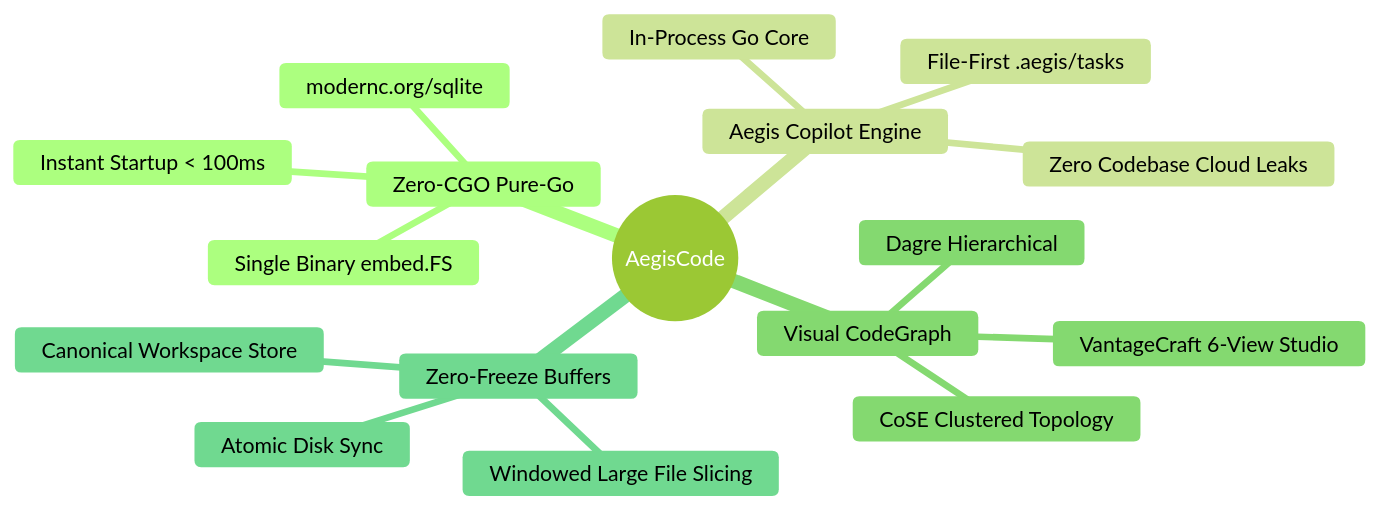
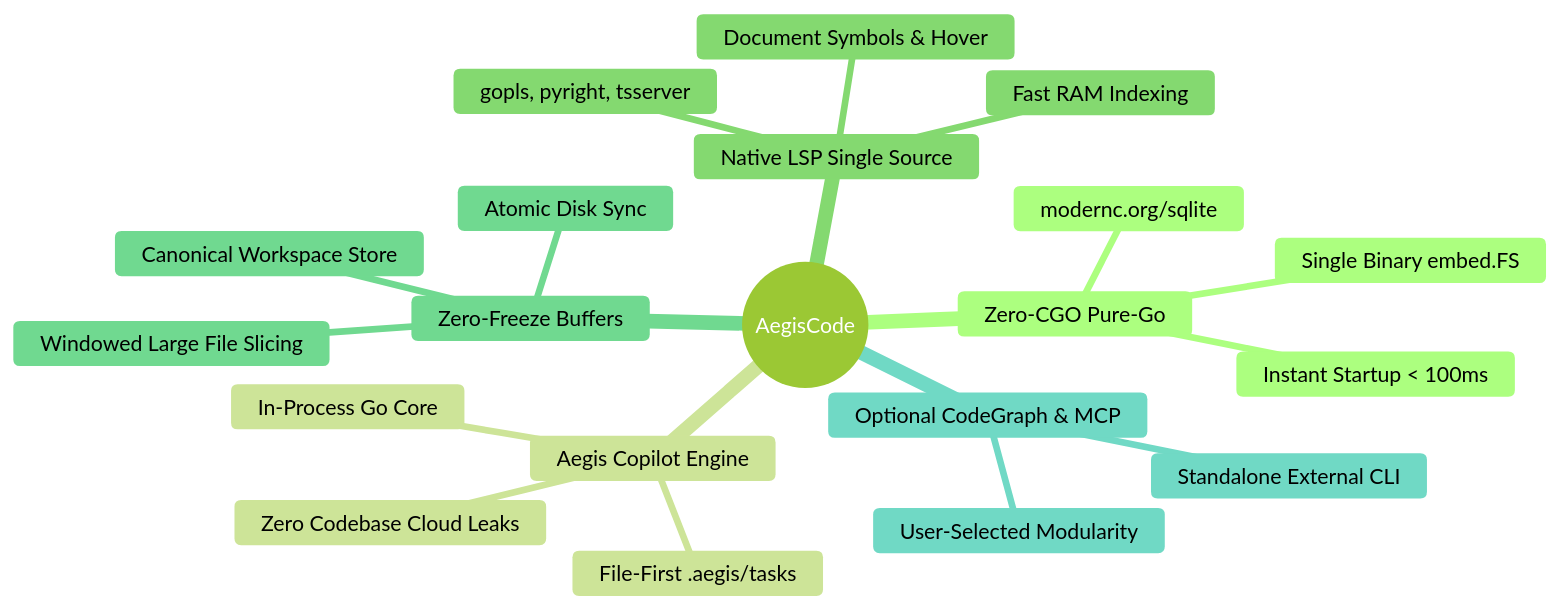
Before and after one commit to aditlab-code/AegisCode: the first of 2 diagrams in README.md, drawn with Mermaid (forest theme). The commit also changed other lines of this file and 74 other files, not shown here.

````diff
--- a/README.md
+++ b/README.md
@@ -39,20 +39,23 @@
 ```mermaid
 mindmap
   root((AegisCode))
     Zero-CGO Pure-Go
       Single Binary embed.FS
       modernc.org/sqlite
       Instant Startup &lt; 100ms
     Aegis Copilot Engine
       In-Process Go Core
       File-First .aegis/tasks
       Zero Codebase Cloud Leaks
-    Visual CodeGraph
-      VantageCraft 6-View Studio
-      Dagre Hierarchical
-      CoSE Clustered Topology
+    Native LSP Single Source
+      gopls, pyright, tsserver
+      Document Symbols & Hover
+      Fast RAM Indexing
     Zero-Freeze Buffers
       Canonical Workspace Store
       Atomic Disk Sync
       Windowed Large File Slicing
+    Optional CodeGraph & MCP
+      Standalone External CLI
+      User-Selected Modularity
 ```
````
